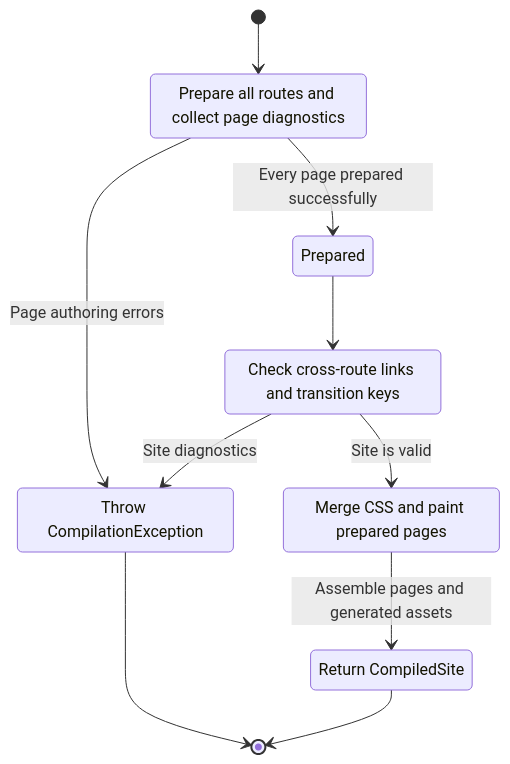
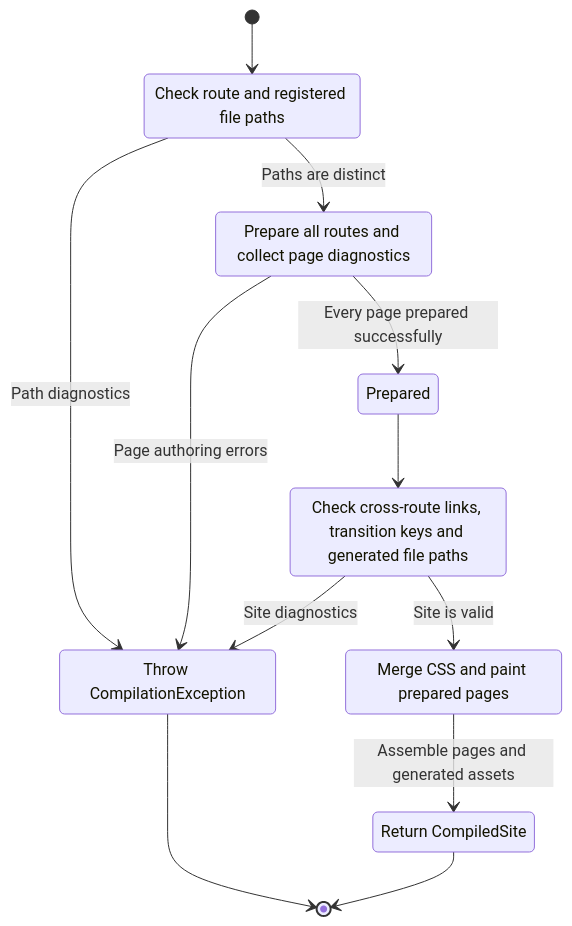
Before and after one commit to thiagogcm/tessera: the fifth of 6 diagrams in docs/architecture.md, drawn with Mermaid. The commit also changed other lines of this file and 124 other files, not shown here.

````diff
--- a/docs/architecture.md
+++ b/docs/architecture.md
@@ -218,17 +218,20 @@
 ```mermaid
 stateDiagram-v2
-    [*] --> Preparing
+    [*] --> CheckingPaths
+    CheckingPaths: Check route and registered file paths
+    CheckingPaths --> Rejected: Path diagnostics
+    CheckingPaths --> Preparing: Paths are distinct
     Preparing: Prepare all routes and collect page diagnostics
     Preparing --> Rejected: Page authoring errors
     Preparing --> Prepared: Every page prepared successfully
     Prepared --> ValidatingSite
-    ValidatingSite: Check cross-route links and transition keys
+    ValidatingSite: Check cross-route links, transition keys and generated file paths
     ValidatingSite --> Rejected: Site diagnostics
     ValidatingSite --> Painting: Site is valid
     Painting: Merge CSS and paint prepared pages
     Painting --> Compiled: Assemble pages and generated assets
     Rejected: Throw CompilationException
     Rejected --> [*]
     Compiled: Return CompiledSite
     Compiled --> [*]
 ```
````
